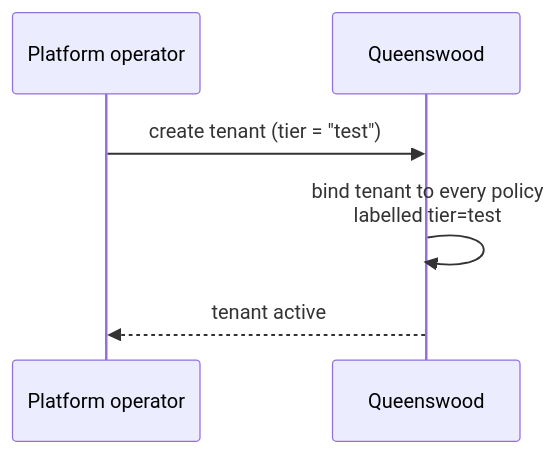
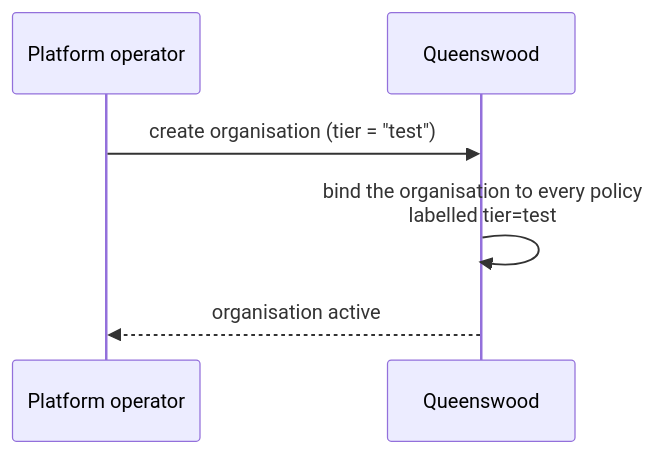
The fifth of 5 diagrams in docs/prd/policies.md (repldriven/queenswood), drawn with Mermaid before and after one commit. The commit also changed other lines of this file and 32 other files, not shown here.

````diff
--- a/docs/prd/policies.md
+++ b/docs/prd/policies.md
@@ -346,9 +346,9 @@
 ```mermaid
 sequenceDiagram
     participant O as Platform operator
     participant Q as Queenswood
 
-    O->>Q: create tenant (tier = "test")
-    Q->>Q: bind tenant to every policy<br/>labelled tier=test
-    Q-->>O: tenant active
+    O->>Q: create organisation (tier = "test")
+    Q->>Q: bind the organisation to every policy<br/>labelled tier=test
+    Q-->>O: organisation active
 ```
````
